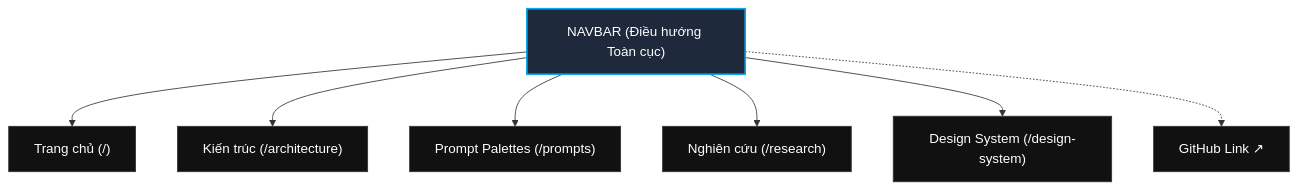
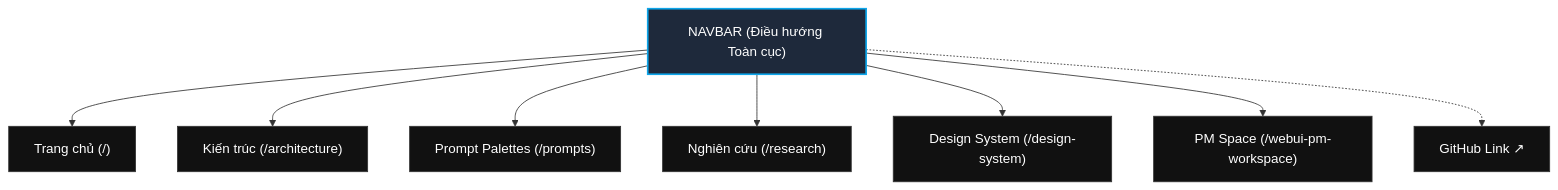
One commit to duyhunghd6/gmind changed the first of 13 diagrams in docs/PRDs/apps-website/PRD-00-Website-Structure.md. Above: the diagram before and after it, drawn with Mermaid. The commit also changed other lines of this file and 5 other files, not shown here.

````diff
--- a/docs/PRDs/apps-website/PRD-00-Website-Structure.md
+++ b/docs/PRDs/apps-website/PRD-00-Website-Structure.md
@@ -42,14 +42,15 @@
 ```mermaid
 graph TD
     classDef default fill:#111,stroke:#333,stroke-width:1px,color:#fff;
     classDef navbar fill:#1e293b,stroke:#0ea5e9,stroke-width:2px,color:#fff;
 
     Navbar["NAVBAR (Điều hướng Toàn cục)"]:::navbar
     
     Navbar --> Home["Trang chủ (/)"]
     Navbar --> Arch["Kiến trúc (/architecture)"]
     Navbar --> Prompts["Prompt Palettes (/prompts)"]
     Navbar --> Research["Nghiên cứu (/research)"]
     Navbar --> Design["Design System (/design-system)"]
+    Navbar --> PMSpace["PM Space (/webui-pm-workspace)"]
     Navbar -.-> GitHub["GitHub Link ↗"]
 ```
````
